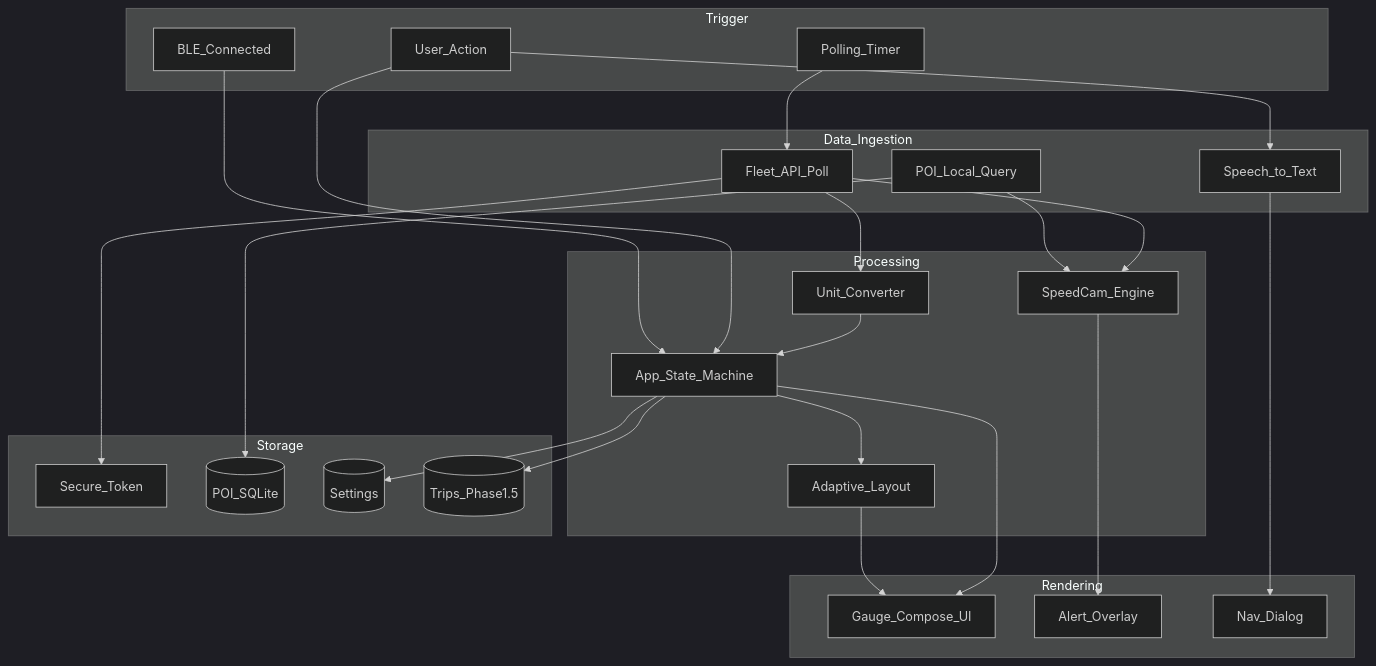
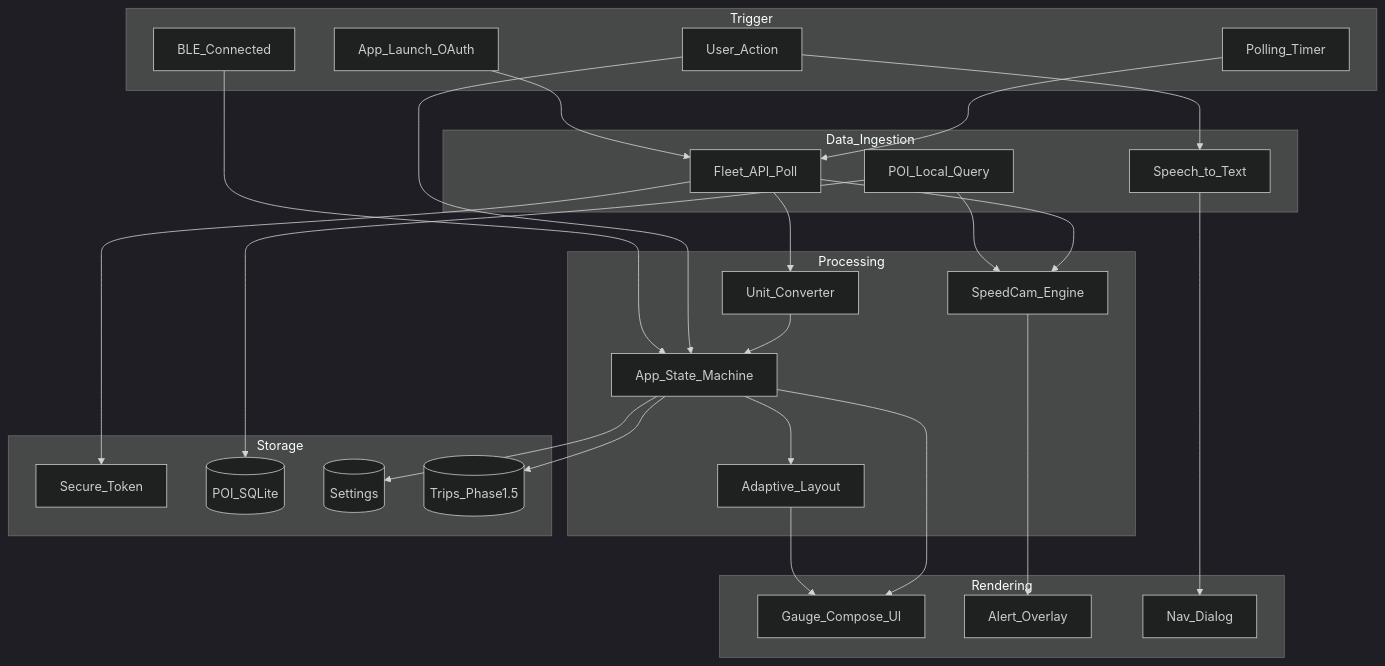
One commit to yskwon-wayforyou/MyT changed the first of 10 diagrams in docs/04-architecture/data-flow.md. Above: the diagram before and after it, drawn with Mermaid (dark theme). The commit also changed other lines of this file and 330 other files, not shown here.

````diff
--- a/docs/04-architecture/data-flow.md
+++ b/docs/04-architecture/data-flow.md
@@ -5,55 +5,57 @@
 ```mermaid
 flowchart TB
   subgraph trigger [Trigger]
+    Launch[App_Launch_OAuth]
     BT[BLE_Connected]
     User[User_Action]
     Timer[Polling_Timer]
   end
 
   subgraph ingest [Data_Ingestion]
     FleetPoll[Fleet_API_Poll]
     POILocal[POI_Local_Query]
     STT[Speech_to_Text]
   end
 
   subgraph process [Processing]
     StateMachine[App_State_Machine]
     SpeedEngine[SpeedCam_Engine]
     LayoutEngine[Adaptive_Layout]
     UnitConv[Unit_Converter]
   end
 
   subgraph store [Storage]
     TokenStore[Secure_Token]
     POIDB[(POI_SQLite)]
     SettingsDB[(Settings)]
     TripDB[(Trips_Phase1.5)]
   end
 
   subgraph render [Rendering]
     GaugeView[Gauge_Compose_UI]
     AlertView[Alert_Overlay]
     NavView[Nav_Dialog]
   end
 
+  Launch --> FleetPoll
   BT --> StateMachine
   Timer --> FleetPoll
   User --> STT
   User --> StateMachine
 
   FleetPoll --> UnitConv
   POILocal --> SpeedEngine
   FleetPoll --> SpeedEngine
   STT --> NavView
 
   UnitConv --> StateMachine
   SpeedEngine --> AlertView
   StateMachine --> LayoutEngine
   LayoutEngine --> GaugeView
   StateMachine --> GaugeView
 
   FleetPoll --> TokenStore
   POILocal --> POIDB
   StateMachine --> SettingsDB
   StateMachine --> TripDB
 ```
````
